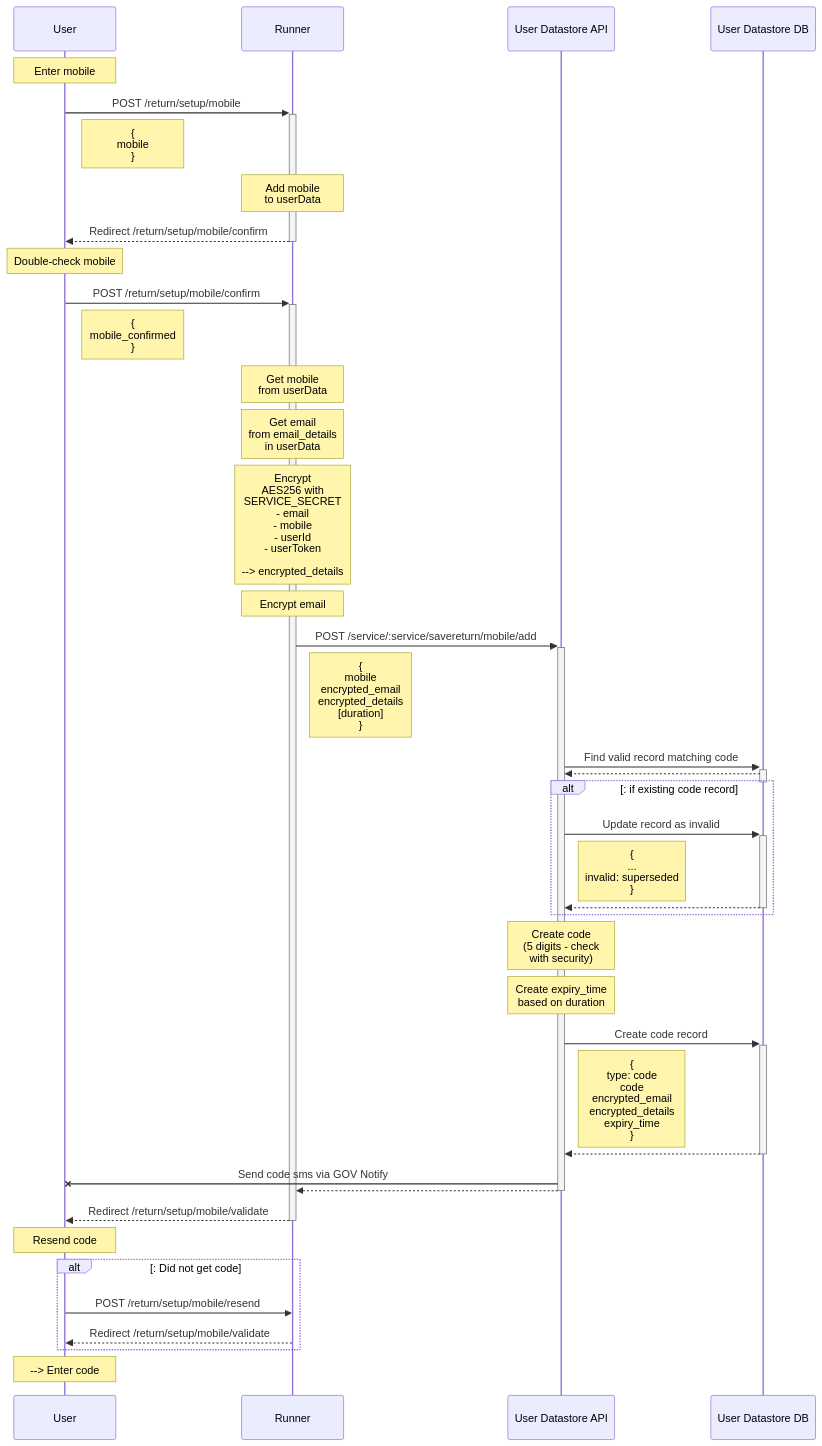
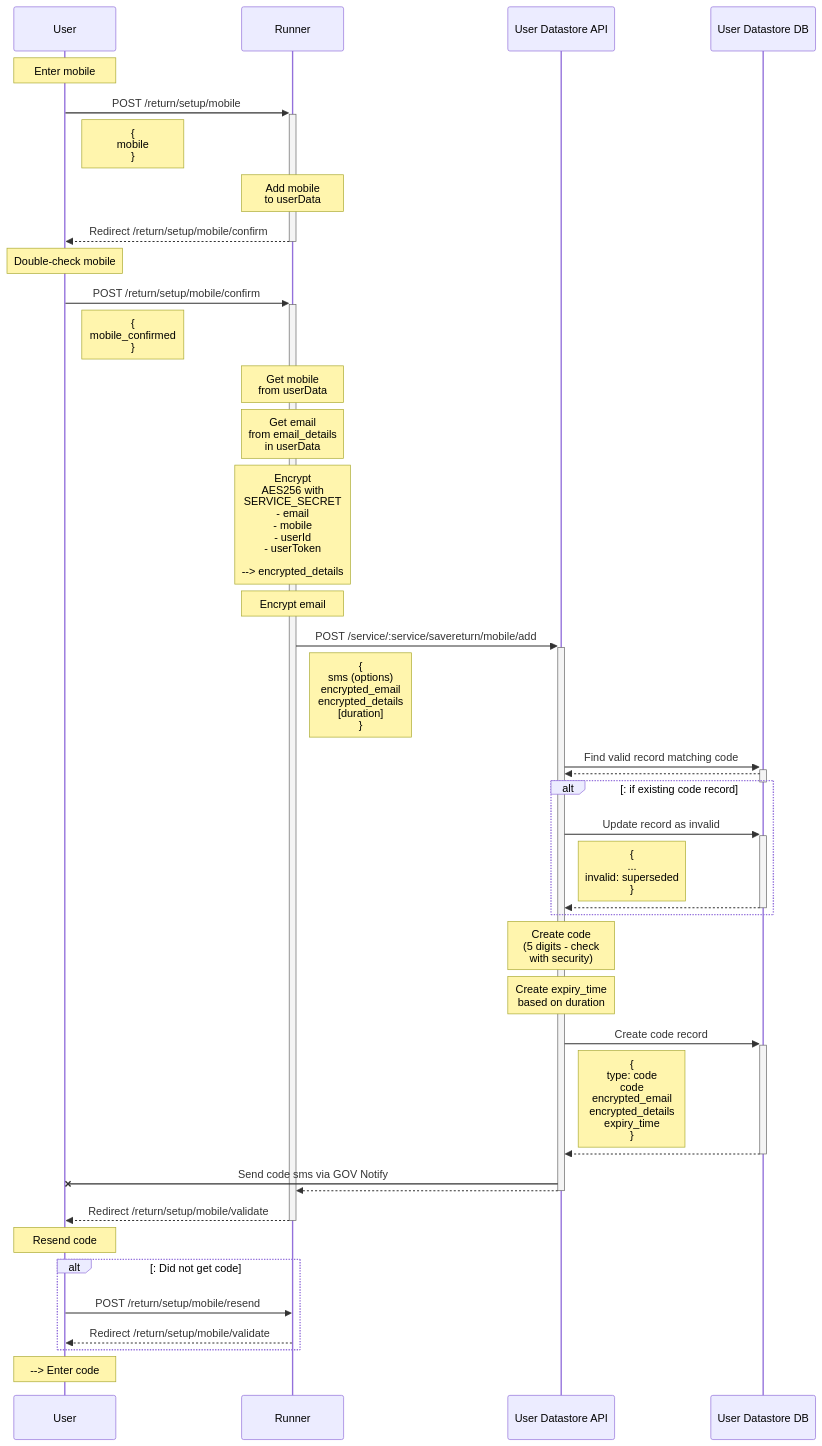
The diagram in documentation/running/save-and-return/files/return--setup--mobile-add.mmd (ministryofjustice/form-builder), drawn with Mermaid before and after one commit. The commit also changed 5 other files, not shown here.

Commit message:
Update docs to reflect passing all email and sms options to save and return as objects

```diff
--- a/documentation/running/save-and-return/files/return--setup--mobile-add.mmd
+++ b/documentation/running/save-and-return/files/return--setup--mobile-add.mmd
@@ -1,79 +1,79 @@
 sequenceDiagram
 
 participant U as User
 
 participant R as Runner
 
 participant DS as User Datastore API
 
 participant DB as User Datastore DB
 
 Note over U: Enter mobile
 
 U->>+R: POST /return/setup/mobile
 
 Note right of U: {<br>mobile<br>}
 
 Note over R: Add mobile <br>to userData
 
 R-->>-U:  Redirect /return/setup/mobile/confirm
 
 Note over U: Double-check mobile
 
 U->>+R: POST /return/setup/mobile/confirm
 
 Note right of U: {<br>mobile_confirmed<br>}
 
 Note over R: Get mobile <br>from userData
 
 Note over R: Get email<br>from email_details<br>in userData
 
 Note over R: Encrypt<br>AES256 with<br>SERVICE_SECRET<br>- email<br>- mobile<br>- userId<br>- userToken<br><br>--> encrypted_details
 
 Note over R: Encrypt email
 
 R->>+DS: POST /service/:service/savereturn/mobile/add
 
-Note right of R: {<br>mobile<br>encrypted_email<br>encrypted_details<br>[duration]<br>}
+Note right of R: {<br>sms (options)<br>encrypted_email<br>encrypted_details<br>[duration]<br>}
 
 DS->>+DB: Find valid record matching code 
 
 DB-->>-DS: 
 
 alt: if existing code record
 
 DS->>+DB: Update record as invalid 
 
 Note right of DS: {<br>...<br>invalid: superseded<br>}
 
 DB-->>-DS: 
 
 end
 
 Note over DS: Create  code<br>(5 digits - check<br>with security)
 
 Note over DS: Create expiry_time<br>based on duration
 
 DS->>+DB: Create code record 
 
 Note right of DS: { <br>type: code<br>code<br>encrypted_email<br>encrypted_details<br>expiry_time<br> }
 
 DB-->>-DS: 
 
 DS-XU: Send code sms via GOV Notify
 
 DS-->>-R:  
 
 R-->>-U:  Redirect /return/setup/mobile/validate
 
 Note over U: Resend code
 
 alt: Did not get code
 
 U->>R: POST /return/setup/mobile/resend
 
 R-->>U: Redirect /return/setup/mobile/validate
 
 end
 
 Note over U: --> Enter code
```
